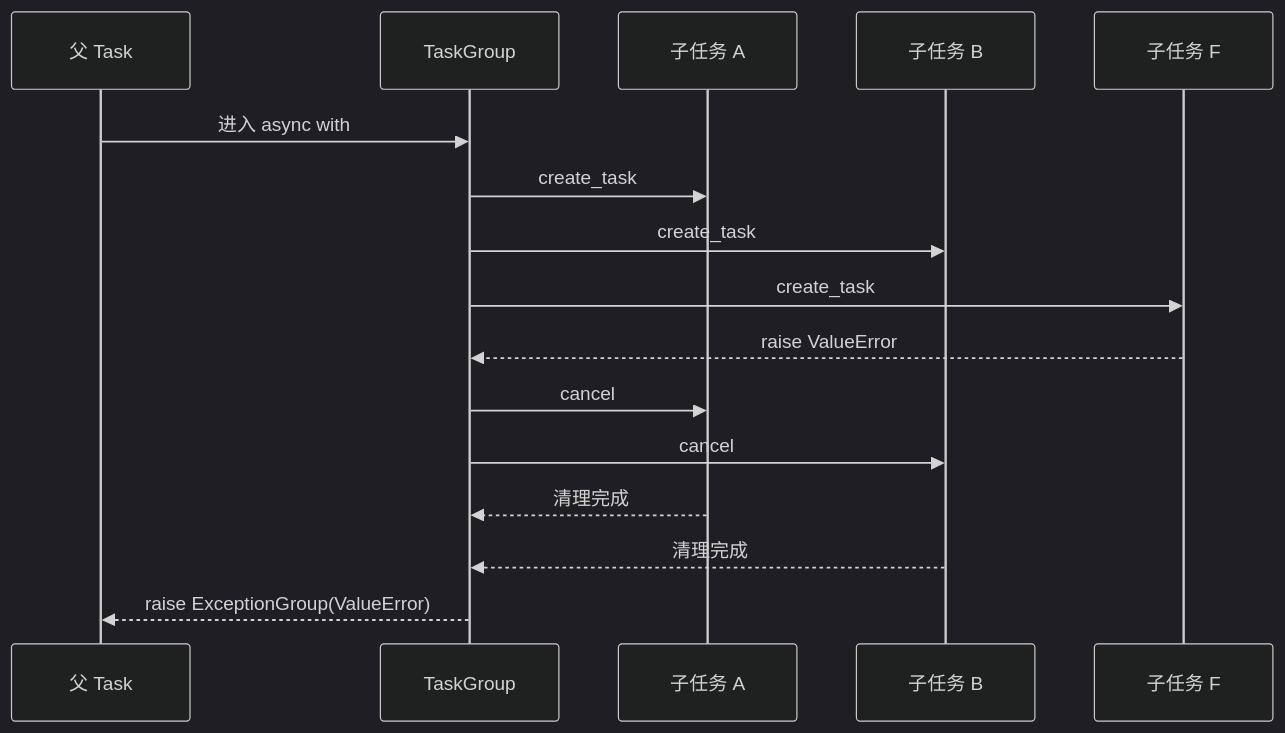
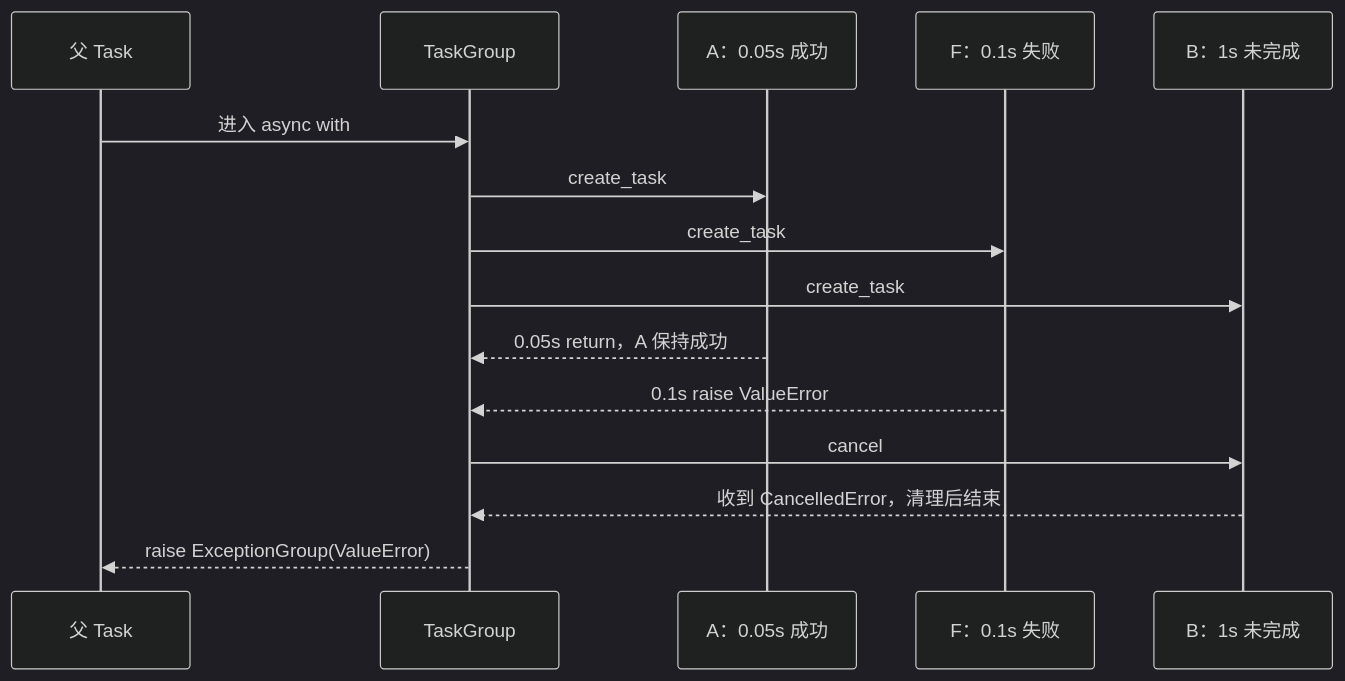
The fourth of 4 diagrams in 异步教程/03-控制并发与取消/讲义.md (tianshiyang/ai-lab), drawn with Mermaid (dark theme) before and after one commit. The commit also changed other lines of this file and 5 other files, not shown here.

````diff
--- a/异步教程/03-控制并发与取消/讲义.md
+++ b/异步教程/03-控制并发与取消/讲义.md
@@ -156,19 +220,18 @@
 ```mermaid
 sequenceDiagram
     participant P as 父 Task
     participant G as TaskGroup
-    participant A as 子任务 A
-    participant B as 子任务 B
-    participant F as 子任务 F
+    participant A as A：0.05s 成功
+    participant F as F：0.1s 失败
+    participant B as B：1s 未完成
 
     P->>G: 进入 async with
     G->>A: create_task
+    G->>F: create_task
     G->>B: create_task
-    G->>F: create_task
-    F-->>G: raise ValueError
-    G->>A: cancel
+    A-->>G: 0.05s return，A 保持成功
+    F-->>G: 0.1s raise ValueError
     G->>B: cancel
-    A-->>G: 清理完成
-    B-->>G: 清理完成
+    B-->>G: 收到 CancelledError，清理后结束
     G-->>P: raise ExceptionGroup(ValueError)
 ```
````
